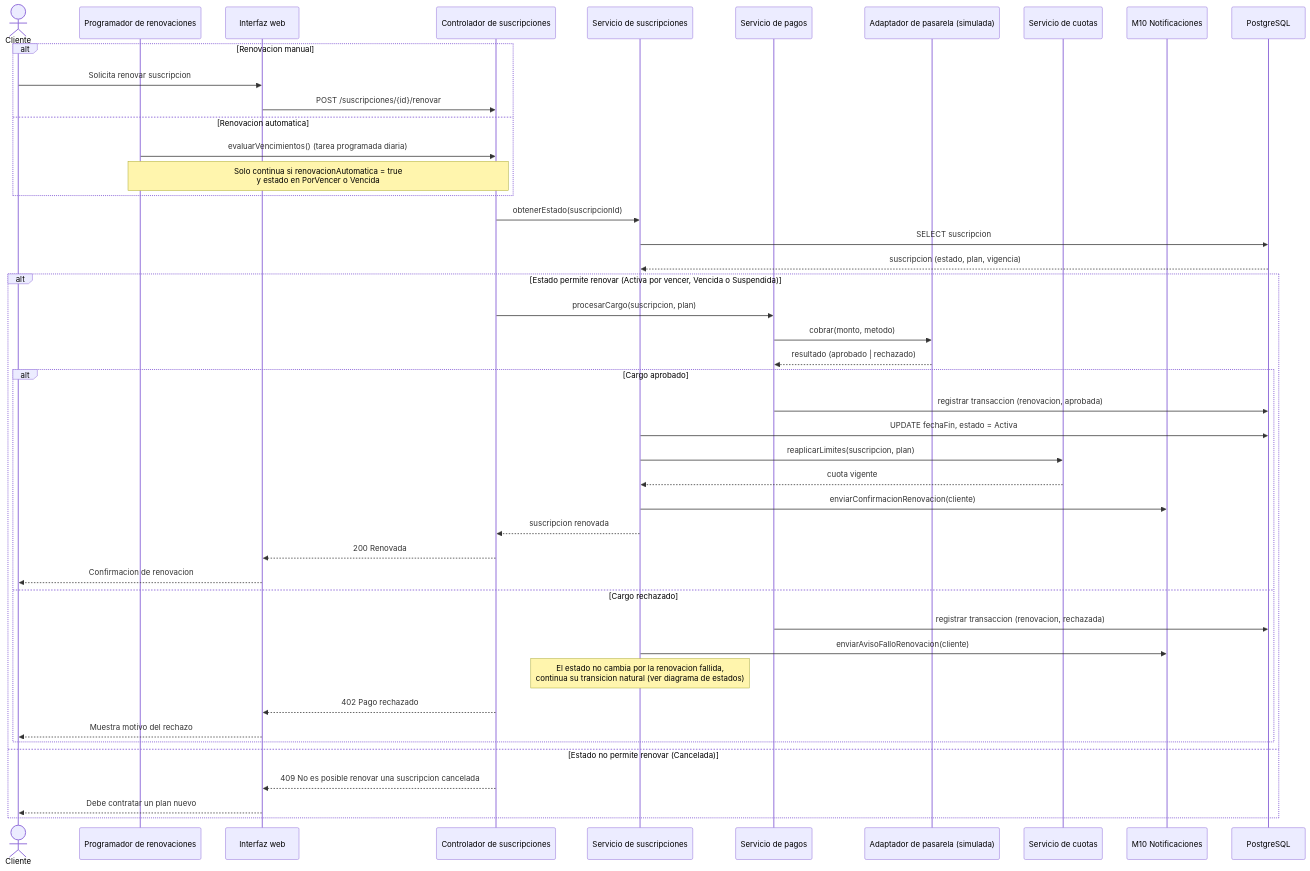
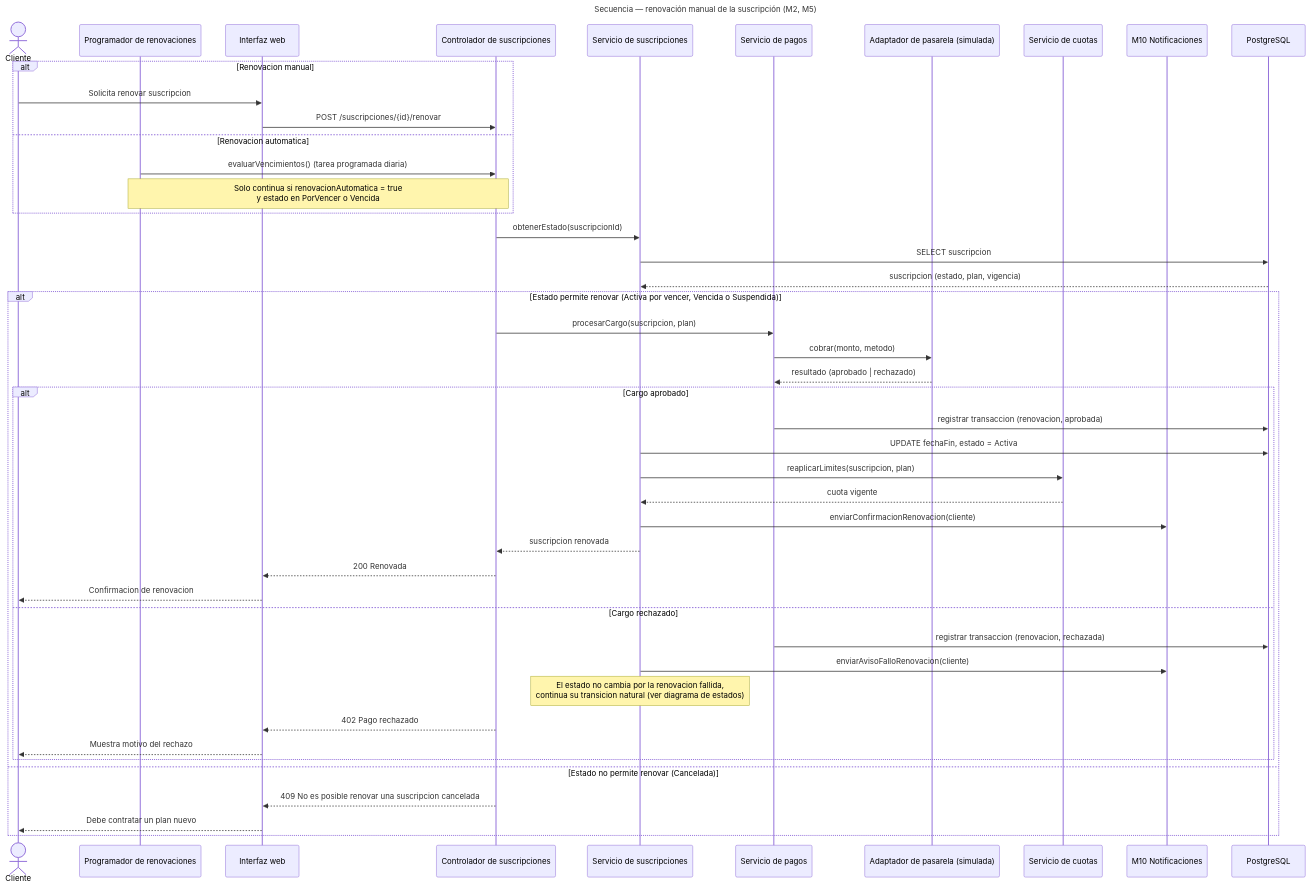
Diagram 15 of 31 in docs/arquitectura-maestro.md (derekCmorales/deploya), drawn with Mermaid before and after one commit. The commit also changed other lines of this file and 100 other files, not shown here.

````diff
--- a/docs/arquitectura-maestro.md
+++ b/docs/arquitectura-maestro.md
@@ -1219,51 +1173,54 @@
 ```mermaid
+---
+title: Secuencia — renovación manual de la suscripción (M2, M5)
+---
 sequenceDiagram
     actor Cliente
     participant Sched as Programador de renovaciones
     participant UI as Interfaz web
     participant SubCtrl as Controlador de suscripciones
     participant Suscripcion as Servicio de suscripciones
     participant Pagos as Servicio de pagos
     participant Pasarela as Adaptador de pasarela (simulada)
     participant Cuotas as Servicio de cuotas
     participant Notif as M10 Notificaciones
     participant BD as PostgreSQL
 
     alt Renovacion manual
         Cliente->>UI: Solicita renovar suscripcion
         UI->>SubCtrl: POST /suscripciones/{id}/renovar
     else Renovacion automatica
         Sched->>SubCtrl: evaluarVencimientos() (tarea programada diaria)
         Note over Sched,SubCtrl: Solo continua si renovacionAutomatica = true<br/>y estado en PorVencer o Vencida
     end
 
     SubCtrl->>Suscripcion: obtenerEstado(suscripcionId)
     Suscripcion->>BD: SELECT suscripcion
     BD-->>Suscripcion: suscripcion (estado, plan, vigencia)
 
     alt Estado permite renovar (Activa por vencer, Vencida o Suspendida)
         SubCtrl->>Pagos: procesarCargo(suscripcion, plan)
         Pagos->>Pasarela: cobrar(monto, metodo)
         Pasarela-->>Pagos: resultado (aprobado | rechazado)
 
         alt Cargo aprobado
             Pagos->>BD: registrar transaccion (renovacion, aprobada)
             Suscripcion->>BD: UPDATE fechaFin, estado = Activa
             Suscripcion->>Cuotas: reaplicarLimites(suscripcion, plan)
             Cuotas-->>Suscripcion: cuota vigente
             Suscripcion->>Notif: enviarConfirmacionRenovacion(cliente)
             Suscripcion-->>SubCtrl: suscripcion renovada
             SubCtrl-->>UI: 200 Renovada
             UI-->>Cliente: Confirmacion de renovacion
         else Cargo rechazado
             Pagos->>BD: registrar transaccion (renovacion, rechazada)
             Suscripcion->>Notif: enviarAvisoFalloRenovacion(cliente)
             Note over Suscripcion: El estado no cambia por la renovacion fallida,<br/>continua su transicion natural (ver diagrama de estados)
             SubCtrl-->>UI: 402 Pago rechazado
             UI-->>Cliente: Muestra motivo del rechazo
         end
     else Estado no permite renovar (Cancelada)
         SubCtrl-->>UI: 409 No es posible renovar una suscripcion cancelada
         UI-->>Cliente: Debe contratar un plan nuevo
     end
 ```
````
